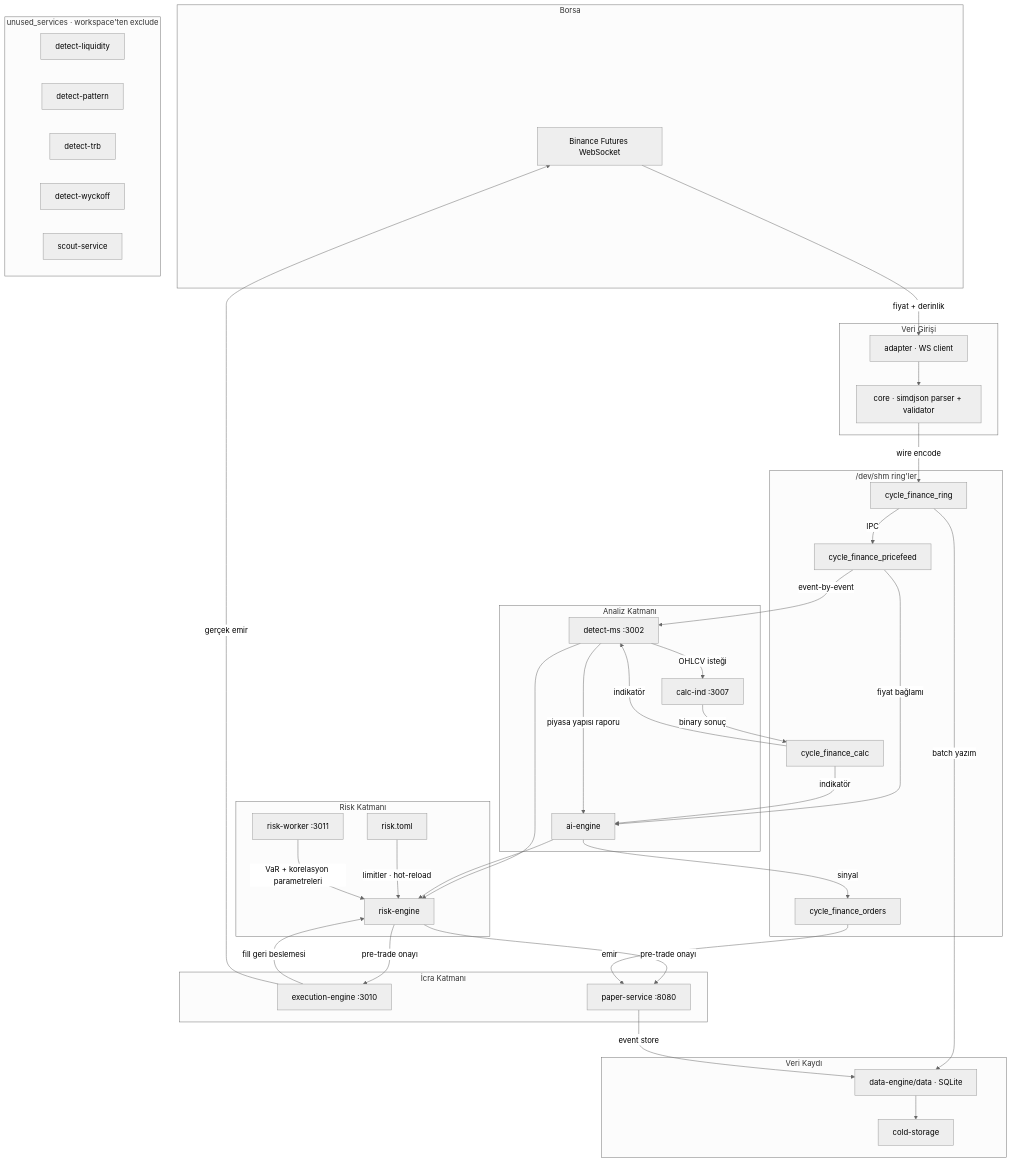
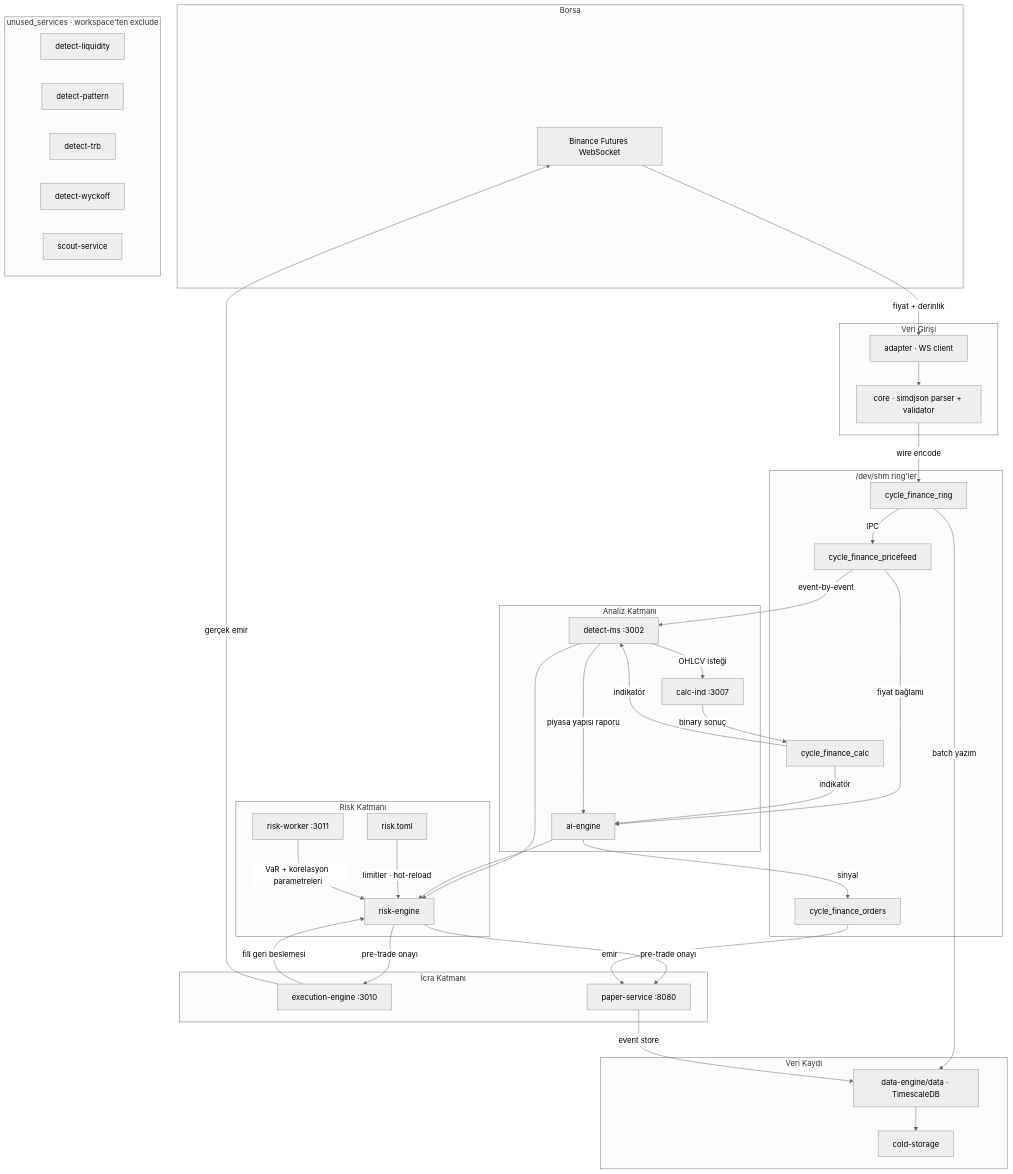
One commit to Quant-Trade-Lab-Community/cycle_finance_bot changed diagram 11 of 11 in docs/PROJE_KOKU_KAYNAK_KODU.md. Above: the diagram before and after it, drawn with Mermaid (neutral theme). The commit also changed other lines of this file and 165 other files, not shown here.

Commit message:
docs: remove deleted services' code dumps and update architecture (Bölüm 3, 2, 1); update Cargo.toml workspace; update mermaid flowcharts; remove SQLite refs

````diff
--- a/docs/PROJE_KOKU_KAYNAK_KODU.md
+++ b/docs/PROJE_KOKU_KAYNAK_KODU.md
@@ -332,73 +332,73 @@
 ```mermaid
 flowchart TD
     subgraph borsa["Borsa"]
         ws["Binance Futures WebSocket"]
     end
 
     subgraph giris["Veri Girişi"]
         adapter["adapter · WS client"]
         core["core · simdjson parser + validator"]
     end
 
     subgraph ipc["/dev/shm ring'ler"]
         ring1["cycle_finance_ring"]
         ring2["cycle_finance_pricefeed"]
         ring3["cycle_finance_calc"]
         ring4["cycle_finance_orders"]
     end
 
     subgraph analiz["Analiz Katmanı"]
         dm["detect-ms :3002"]
         ci["calc-ind :3007"]
         ai2["ai-engine"]
     end
 
     subgraph riskk["Risk Katmanı"]
         rke["risk-engine"]
         rwk["risk-worker :3011"]
         rcfg["risk.toml"]
     end
 
     subgraph icra["İcra Katmanı"]
         exe["execution-engine :3010"]
         pap["paper-service :8080"]
     end
 
     subgraph depo["Veri Kaydı"]
         cold["cold-storage"]
-        data["data-engine/data · SQLite"]
+        data["data-engine/data · TimescaleDB"]
     end
 
     subgraph unused["unused_services · workspace'ten exclude"]
         u1["detect-liquidity"]
         u2["detect-pattern"]
         u3["detect-trb"]
         u4["detect-wyckoff"]
         u5["scout-service"]
     end
 
     ws -->|"fiyat + derinlik"| adapter
     adapter --> core
     core -->|"wire encode"| ring1
     ring1 -->|"IPC"| ring2
     ring1 -->|"batch yazım"| data
     ring2 -->|"event-by-event"| dm
     ring2 -->|"fiyat bağlamı"| ai2
     dm -->|"OHLCV isteği"| ci
     ci -->|"binary sonuç"| ring3
     ring3 -->|"indikatör"| dm
     ring3 -->|"indikatör"| ai2
     dm -->|"piyasa yapısı raporu"| ai2
     dm --> rke
     ai2 --> rke
     rcfg -->|"limitler · hot-reload"| rke
     rwk -->|"VaR + korelasyon parametreleri"| rke
     rke -->|"pre-trade onayı"| exe
     rke -->|"pre-trade onayı"| pap
     ai2 -->|"sinyal"| ring4
     ring4 -->|"emir"| pap
     exe -->|"fill geri beslemesi"| rke
     exe -->|"gerçek emir"| ws
     pap -->|"event store"| data
     data --> cold
 ```
````
